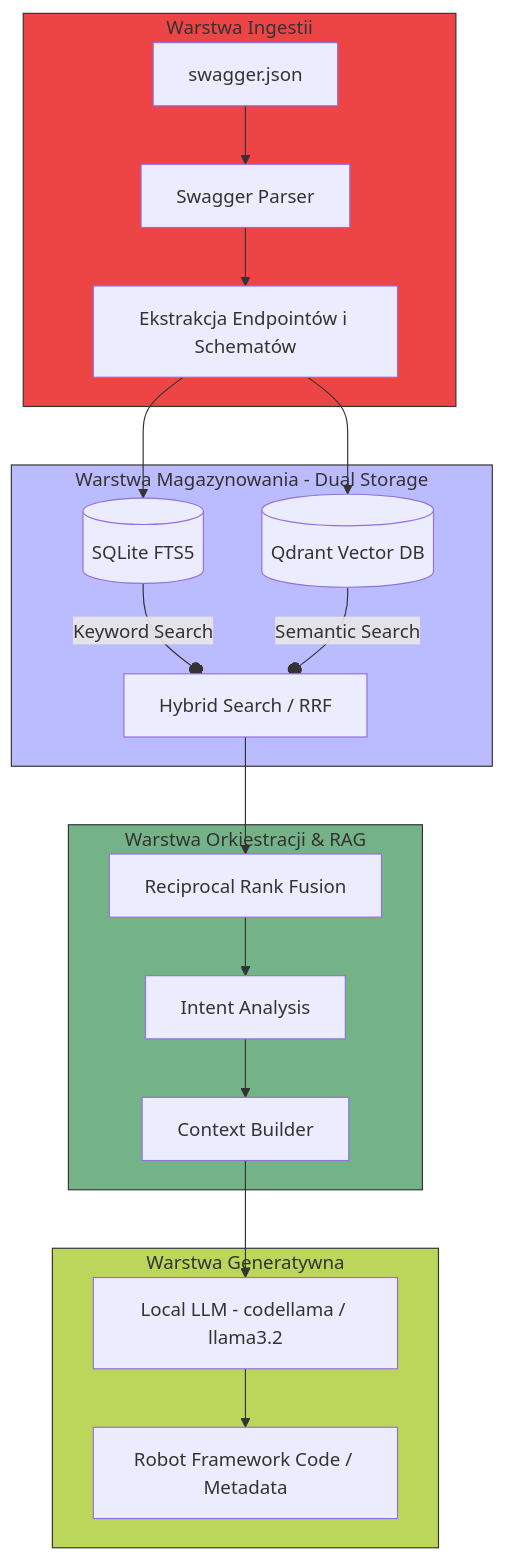
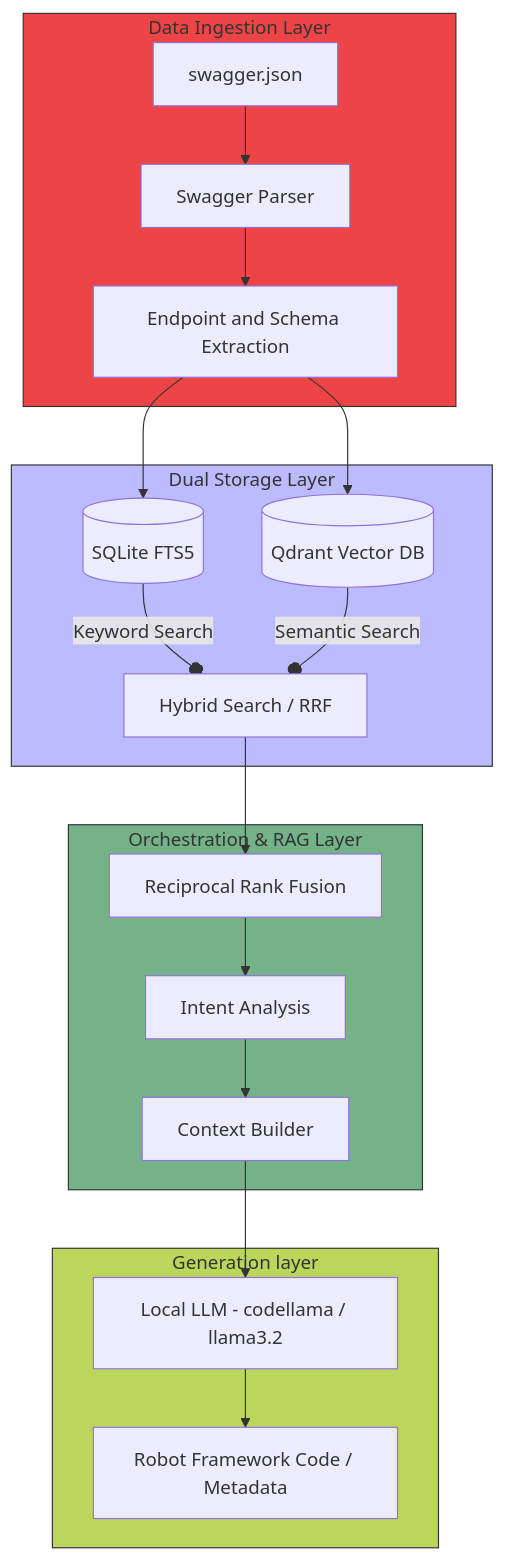
Before and after one commit to krzysztofzm/RAG-workshop: the first of 4 diagrams in Architecture.md, drawn with Mermaid. The commit also changed other lines of this file and 6 other files, not shown here.

````diff
--- a/Architecture.md
+++ b/Architecture.md
@@ -4,30 +3,30 @@
 ```mermaid
 graph TD
-    subgraph Ingestion_Layer [Warstwa Ingestii]
+    subgraph Ingestion_Layer [Data Ingestion Layer]
         SW[swagger.json] --> SP[Swagger Parser]
-        SP --> EX[Ekstrakcja Endpointów i Schematów]
+        SP --> EX[Endpoint and Schema Extraction]
     end
 
-    subgraph Storage_Layer [Warstwa Magazynowania - Dual Storage]
+    subgraph Storage_Layer [Dual Storage Layer]
         EX --> SQL[(SQLite FTS5)]
         EX --> QD[(Qdrant Vector DB)]
         SQL -- Keyword Search --o RS[Hybrid Search / RRF]
         QD -- Semantic Search --o RS
     end
 
-    subgraph Orchestration_Layer [Warstwa Orkiestracji & RAG]
+    subgraph Orchestration_Layer [Orchestration & RAG Layer]
         RS --> RRF[Reciprocal Rank Fusion]
         RRF --> IA[Intent Analysis]
         IA --> CB[Context Builder]
     end
 
-    subgraph Generative_Layer [Warstwa Generatywna]
+    subgraph Generative_Layer [Generation layer]
         CB --> LLM[Local LLM - codellama / llama3.2]
         LLM --> OUT[Robot Framework Code / Metadata]
     end
 
     style Ingestion_Layer fill:#ED4545,stroke:#333
     style Storage_Layer fill:#bbf,stroke:#333
     style Orchestration_Layer fill:#74b388,stroke:#333
     style Generative_Layer fill:#BCD65C,stroke:#333
 ```
````
